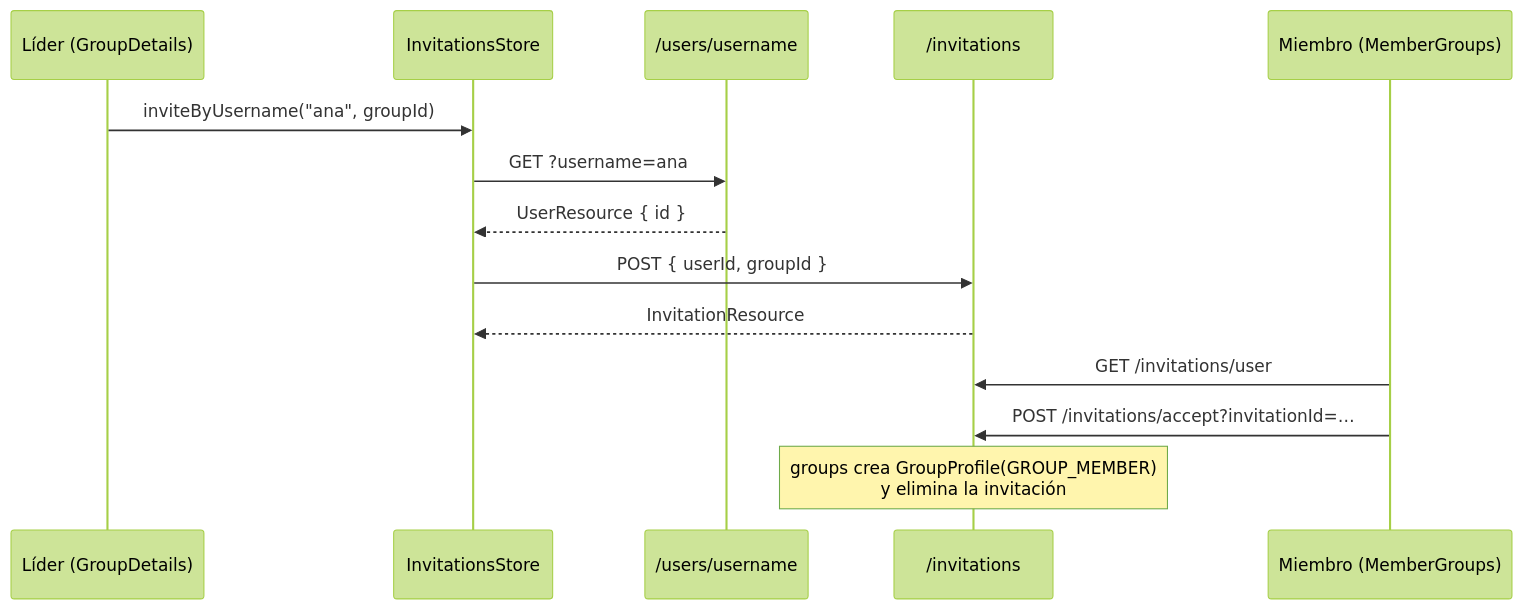
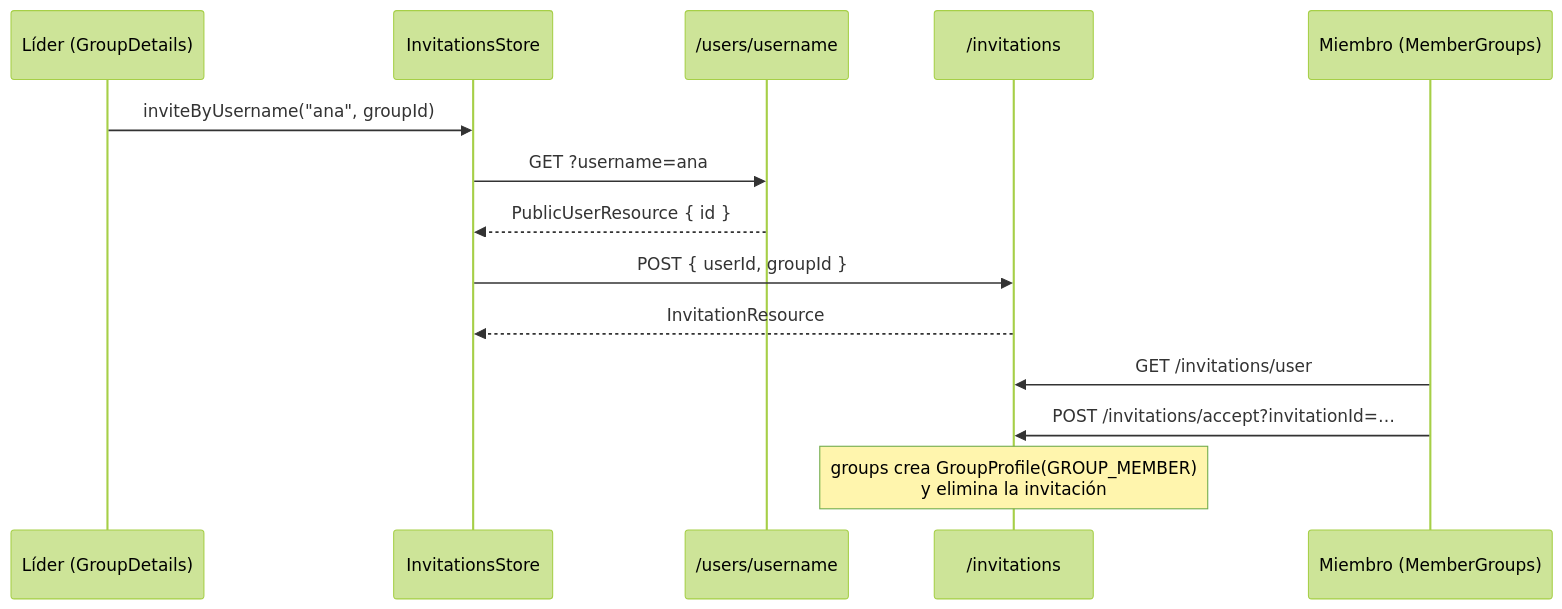
Before and after one commit to Synhub-2-0/synhub_2: the diagram in docs/features/invitations/README.md, drawn with Mermaid (forest theme). The commit also changed 23 other files, not shown here.

````diff
--- a/docs/features/invitations/README.md
+++ b/docs/features/invitations/README.md
@@ -36,16 +36,16 @@
 ```mermaid
 sequenceDiagram
     participant L as Líder (GroupDetails)
     participant IS as InvitationsStore
     participant IAM as /users/username
     participant INV as /invitations
     participant M as Miembro (MemberGroups)
     L->>IS: inviteByUsername("ana", groupId)
     IS->>IAM: GET ?username=ana
-    IAM-->>IS: UserResource { id }
+    IAM-->>IS: PublicUserResource { id }
     IS->>INV: POST { userId, groupId }
     INV-->>IS: InvitationResource
     M->>INV: GET /invitations/user
     M->>INV: POST /invitations/accept?invitationId=…
     Note over INV: groups crea GroupProfile(GROUP_MEMBER)<br/>y elimina la invitación
 ```
````
